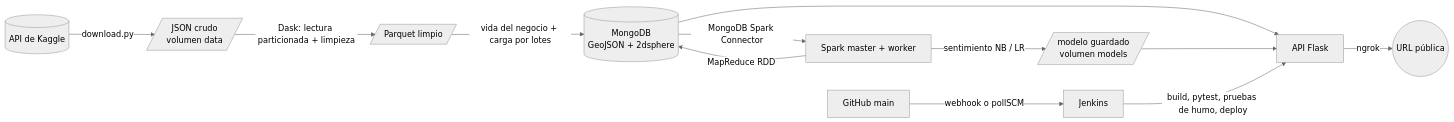
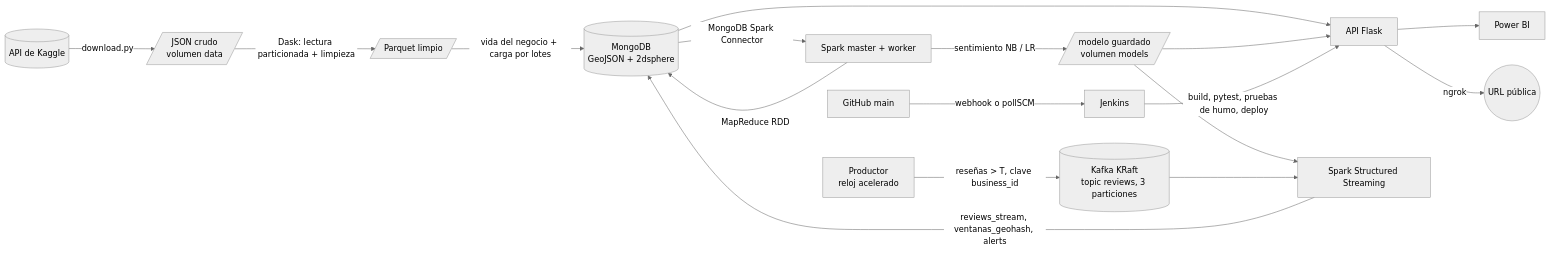
The diagram in README.md (Papablo2005/LifeMap), drawn with Mermaid (neutral theme) before and after one commit. The commit also changed other lines of this file and 40 other files, not shown here.

````diff
--- a/README.md
+++ b/README.md
@@ -31,14 +35,19 @@
 ```mermaid
 flowchart LR
     K[(API de Kaggle)] -->|download.py| R[/JSON crudo<br/>volumen data/]
     R -->|Dask: lectura particionada + limpieza| P[/Parquet limpio/]
     P -->|vida del negocio + carga por lotes| M[(MongoDB<br/>GeoJSON + 2dsphere)]
     M -->|MongoDB Spark Connector| S[Spark master + worker]
     S -->|sentimiento NB / LR| MD[/modelo guardado<br/>volumen models/]
     S -->|MapReduce RDD| M
     M --> A[API Flask]
     MD --> A
+    MD --> ST
+    PR[Productor<br/>reloj acelerado] -->|reseñas > T, clave business_id| KF[(Kafka KRaft<br/>topic reviews, 3 particiones)]
+    KF --> ST[Spark Structured Streaming]
+    ST -->|reviews_stream, ventanas_geohash, alerts| M
+    A --> PBI[Power BI]
     GH[GitHub main] -->|webhook o pollSCM| J[Jenkins]
     J -->|build, pytest, pruebas de humo, deploy| A
     A -->|ngrok| U((URL pública))
 ```
````
